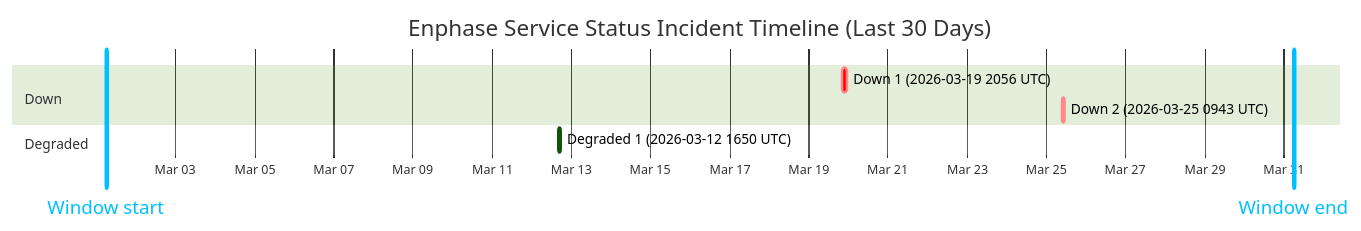
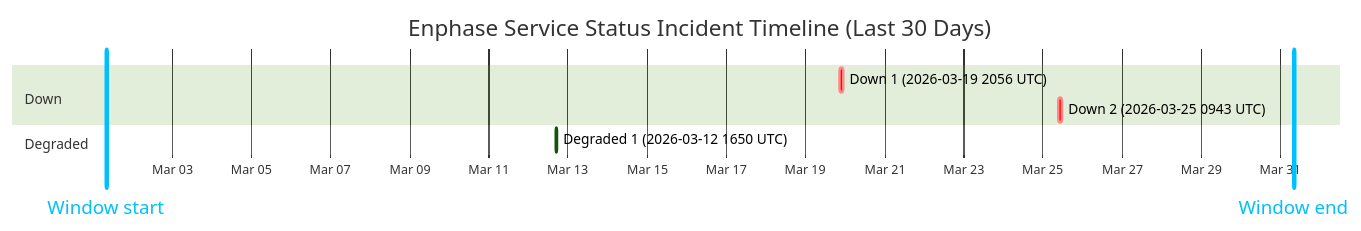
The diagram in wiki/Service-Status-History.md (barneyonline/ha-enphase-ev-charger), drawn with Mermaid (forest theme) before and after one commit. The commit also changed other lines of this file and 3 other files, not shown here.

````diff
--- a/wiki/Service-Status-History.md
+++ b/wiki/Service-Status-History.md
@@ -14,13 +14,13 @@
 ```mermaid
 gantt
     title Enphase Service Status Incident Timeline (Last 30 Days)
     dateFormat  YYYY-MM-DDTHH:mm:ss
     axisFormat  %b %d
-    Window start :vert, window-start, 2026-03-01T06:10:50, 0ms
-    Window end :vert, window-end, 2026-03-31T06:10:50, 0ms
+    Window start :vert, window-start, 2026-03-01T08:02:12, 0ms
+    Window end :vert, window-end, 2026-03-31T08:02:12, 0ms
     section Down
     Down 1 (2026-03-19 2056 UTC) :crit, down-1, 2026-03-19T20:56:20, 145m
     Down 2 (2026-03-25 0943 UTC) :crit, down-2, 2026-03-25T09:43:28, 111m
     section Degraded
     Degraded 1 (2026-03-12 1650 UTC) :active, degraded-1, 2026-03-12T16:50:43, 60m
 ```
````
